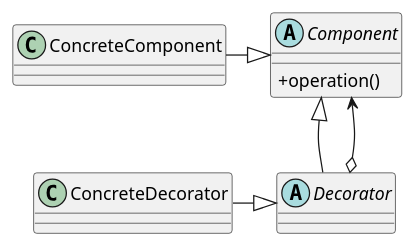
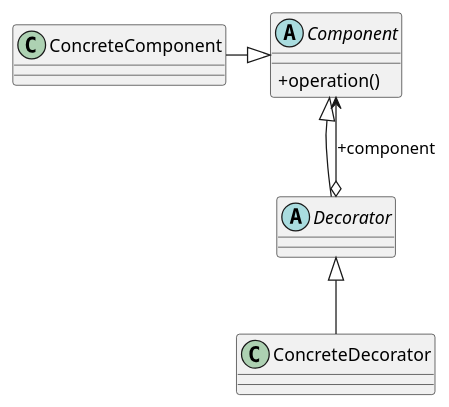
The diagram in src/main/java/com/gorden5566/learn/pattern/manual/decorator/decorator.puml (gorden5566/demo), drawn with PlantUML before and after one commit.

Commit message:
decorator类图

```diff
--- a/src/main/java/com/gorden5566/learn/pattern/manual/decorator/decorator.puml
+++ b/src/main/java/com/gorden5566/learn/pattern/manual/decorator/decorator.puml
@@ -1,18 +1,18 @@
 @startuml
 skinparam classAttributeIconSize 0
 
 abstract class Component {
     +operation()
 }
 abstract class Decorator
 class ConcreteDecorator
 class ConcreteComponent
 
-ConcreteDecorator -right-|> Decorator
+ConcreteDecorator -up-|> Decorator
 
+ConcreteComponent -right-|> Component
 Decorator -up-|> Component
-ConcreteComponent -right-|> Component
 
-Decorator o--> Component
+Decorator o--> Component : +component
 
 @enduml
```
